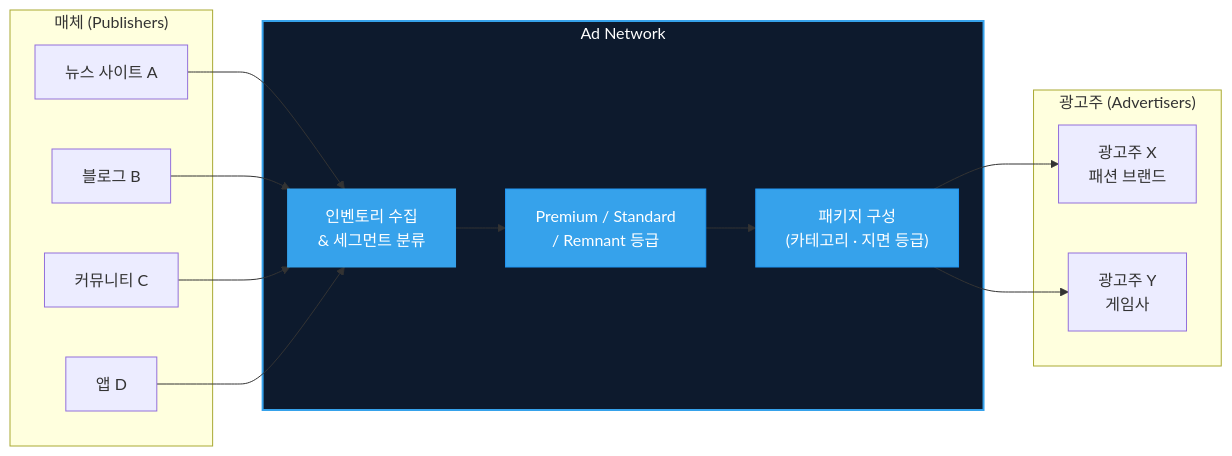
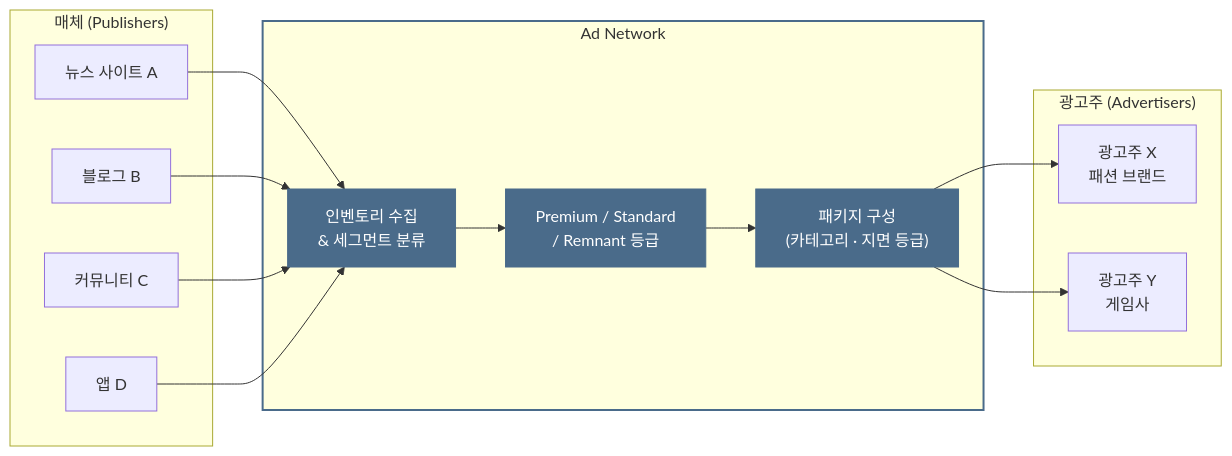
One commit to chkimsu/adtech-blog changed the first of 8 diagrams in posts/ad-network-vs-exchange.md. Above: the diagram before and after it, drawn with Mermaid. The commit also changed other lines of this file and 40 other files, not shown here.

````diff
--- a/posts/ad-network-vs-exchange.md
+++ b/posts/ad-network-vs-exchange.md
@@ -33,34 +33,34 @@
 ```mermaid
 graph LR
     subgraph Publishers["매체 (Publishers)"]
         P1["뉴스 사이트 A"]
         P2["블로그 B"]
         P3["커뮤니티 C"]
         P4["앱 D"]
     end
 
     subgraph Network["Ad Network"]
         AGG["인벤토리 수집<br/>& 세그먼트 분류"]
         SEG["Premium / Standard<br/>/ Remnant 등급"]
         PKG["패키지 구성<br/>(카테고리 · 지면 등급)"]
     end
 
     subgraph Advertisers["광고주 (Advertisers)"]
         A1["광고주 X<br/>패션 브랜드"]
         A2["광고주 Y<br/>게임사"]
     end
 
     P1 --> AGG
     P2 --> AGG
     P3 --> AGG
     P4 --> AGG
     AGG --> SEG
     SEG --> PKG
     PKG --> A1
     PKG --> A2
 
-    style Network fill:#0d1a2d,stroke:#36a2eb,stroke-width:2px,color:#fff
-    style AGG fill:#36a2eb,stroke:#36a2eb,color:#fff
-    style SEG fill:#36a2eb,stroke:#2196f3,color:#fff
-    style PKG fill:#36a2eb,stroke:#2196f3,color:#fff
+    style Network stroke:#4a6b8a,stroke-width:2px
+    style AGG fill:#4a6b8a,stroke:#4a6b8a,color:#fff
+    style SEG fill:#4a6b8a,stroke:#4a6b8a,color:#fff
+    style PKG fill:#4a6b8a,stroke:#4a6b8a,color:#fff
 ```
````
